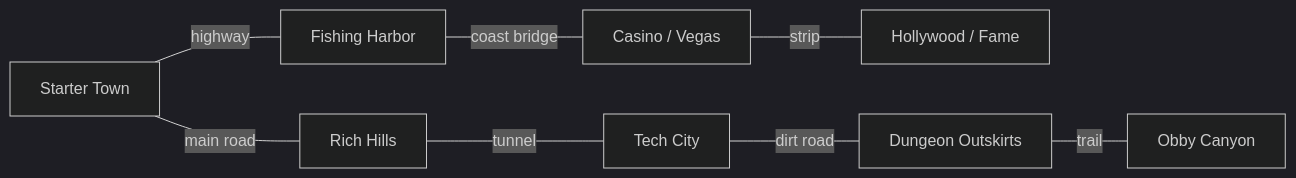
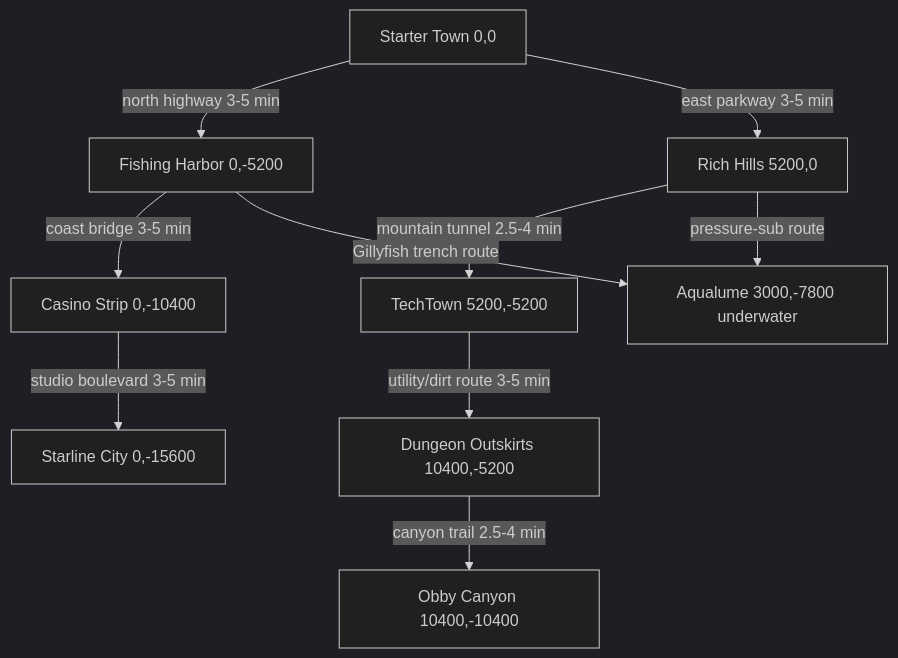
One commit to ataymia/zaylinsworld changed the diagram in docs/WORLD_MAP_DESIGN.md. Above: the diagram before and after it, drawn with Mermaid (dark theme). The commit also changed other lines of this file, not shown here.

````diff
--- a/docs/WORLD_MAP_DESIGN.md
+++ b/docs/WORLD_MAP_DESIGN.md
@@ -20,10 +54,12 @@
 ```mermaid
-graph LR
-    ST[Starter Town] ---|highway| FT[Fishing Harbor]
-    ST ---|main road| RC[Rich Hills]
-    FT ---|coast bridge| CV[Casino / Vegas]
-    RC ---|tunnel| TC[Tech City]
-    CV ---|strip| HW[Hollywood / Fame]
-    TC ---|dirt road| DN[Dungeon Outskirts]
-    DN ---|trail| OB[Obby Canyon]
+graph TD
+    ST[Starter Town 0,0] -->|north highway 3-5 min| FH[Fishing Harbor 0,-5200]
+    ST -->|east parkway 3-5 min| RH[Rich Hills 5200,0]
+    RH -->|mountain tunnel 2.5-4 min| TC[TechTown 5200,-5200]
+    FH -->|coast bridge 3-5 min| CS[Casino Strip 0,-10400]
+    TC -->|utility/dirt route 3-5 min| DO[Dungeon Outskirts 10400,-5200]
+    DO -->|canyon trail 2.5-4 min| OC[Obby Canyon 10400,-10400]
+    CS -->|studio boulevard 3-5 min| SL[Starline City 0,-15600]
+    FH -->|Gillyfish trench route| AQ[Aqualume 3000,-7800 underwater]
+    RH -->|pressure-sub route| AQ
 ```
````
